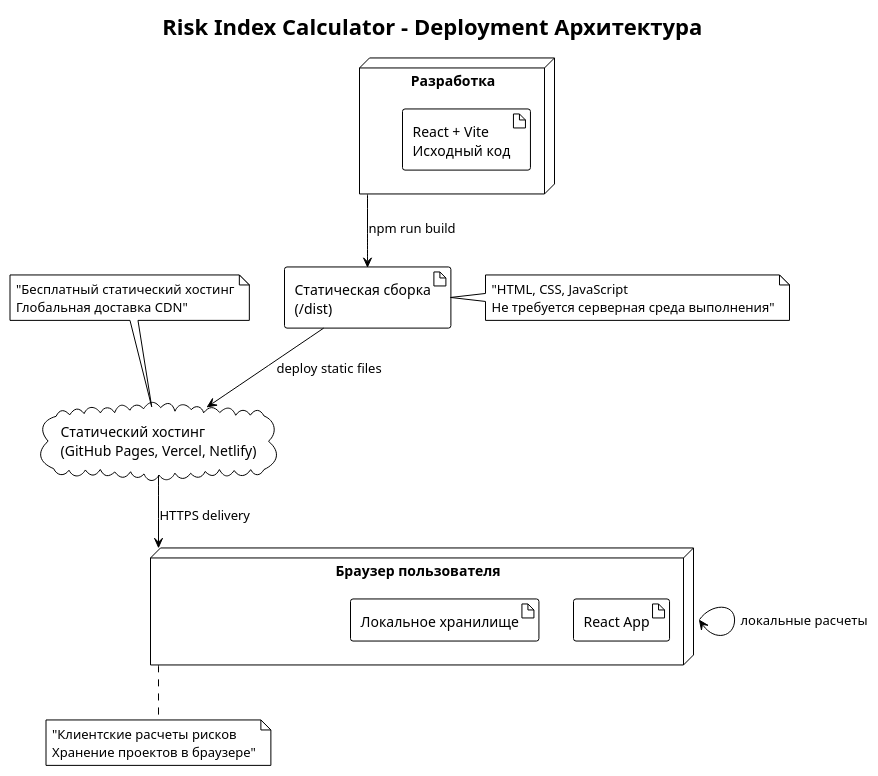
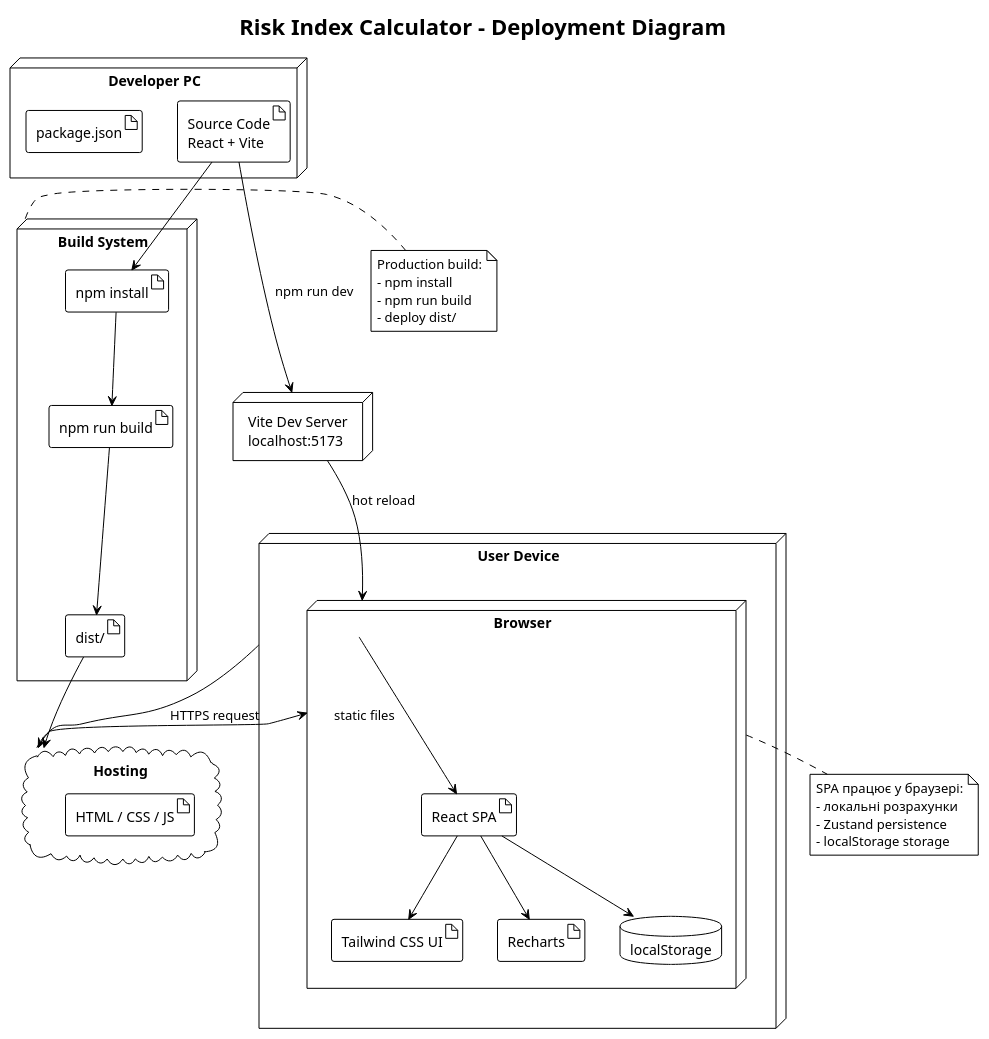
Before and after one commit to Ivan-Kukshyn/InnoRiskCalculator: the diagram in UML/Deployment.puml, drawn with PlantUML. The commit also changed 21143 other files, not shown here.

```diff
--- a/UML/Deployment.puml
+++ b/UML/Deployment.puml
@@ -1,37 +1,66 @@
 @startuml RiskCalculatorDeploymentDiagram
 
 !theme plain
 skinparam backgroundColor transparent
+skinparam shadowing false
 
-title Risk Index Calculator - Deployment Архитектура
+title Risk Index Calculator - Deployment Diagram
 
-' Разработка и создание
-node "Разработка" as Dev {
-  artifact "React + Vite\nИсходный код"
+node "Developer PC" as Dev {
+  artifact "Source Code\nReact + Vite" as Source
+  artifact "package.json" as Package
 }
 
-artifact "Статическая сборка\n(/dist)" as Build
-
-' Хостинг
-cloud "Статический хостинг\n(GitHub Pages, Vercel, Netlify)" as Hosting
-
-' Пользовательская среда
-node "Браузер пользователя" as Browser {
-  artifact "React App"
-  artifact "Локальное хранилище"
+node "Build System" as Build {
+  artifact "npm install" as Install
+  artifact "npm run build" as BuildCmd
+  artifact "dist/" as Dist
 }
 
-' Последовательность развертывания
-Dev --> Build : npm run build
-Build --> Hosting : deploy static files
-Hosting --> Browser : HTTPS delivery
-Browser --> Browser : локальные расчеты
+cloud "Hosting" as Hosting {
+  artifact "HTML / CSS / JS" as StaticFiles
+}
 
-' Заметки
-note right of Build : "HTML, CSS, JavaScript\nНе требуется серверная среда выполнения"
+node "User Device" as Device {
 
-note bottom of Browser : "Клиентские расчеты рисков\nХранение проектов в браузере"
+  node "Browser" as Browser {
+    artifact "React SPA" as ReactApp
+    artifact "Tailwind CSS UI" as TailwindUI
+    artifact "Recharts" as Recharts
+    database "localStorage" as LocalStorage
+  }
+}
 
-note top of Hosting : "Бесплатный статический хостинг\nГлобальная доставка CDN"
+node "Vite Dev Server\nlocalhost:5173" as DevServer
+
+Source --> Install
+Install --> BuildCmd
+BuildCmd --> Dist
+Dist --> Hosting
+
+Device --> Hosting : HTTPS request
+Hosting --> Browser : static files
+
+Browser --> ReactApp
+ReactApp --> TailwindUI
+ReactApp --> Recharts
+ReactApp --> LocalStorage
+
+Source --> DevServer : npm run dev
+DevServer --> Browser : hot reload
+
+note right of Build
+  Production build:
+  - npm install
+  - npm run build
+  - deploy dist/
+end note
+
+note bottom of Browser
+  SPA працює у браузері:
+  - локальні розрахунки
+  - Zustand persistence
+  - localStorage storage
+end note
 
 @enduml
```
